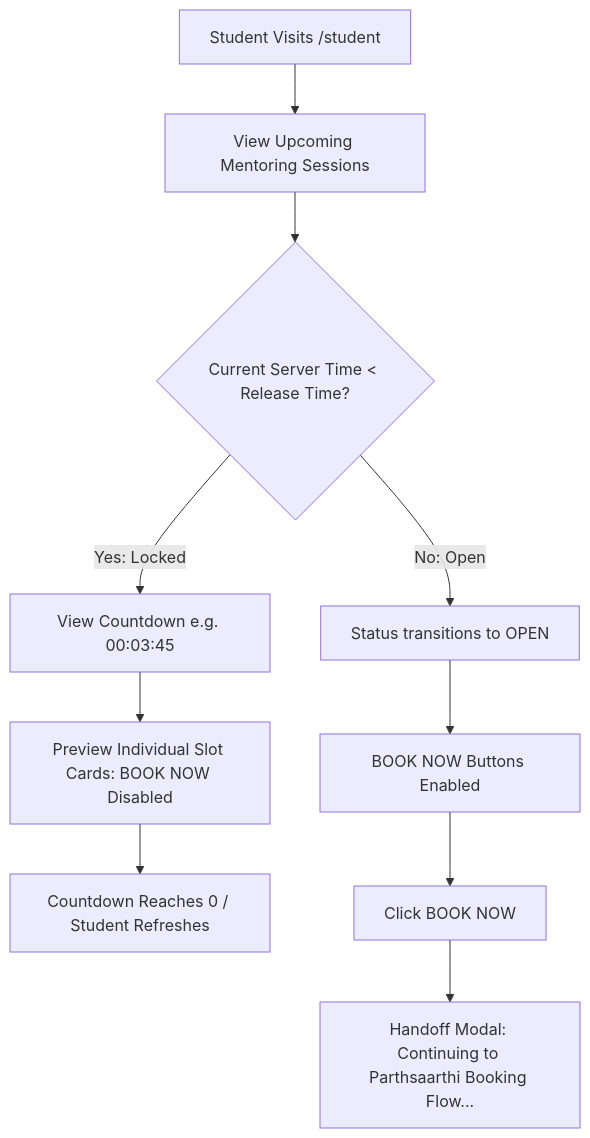
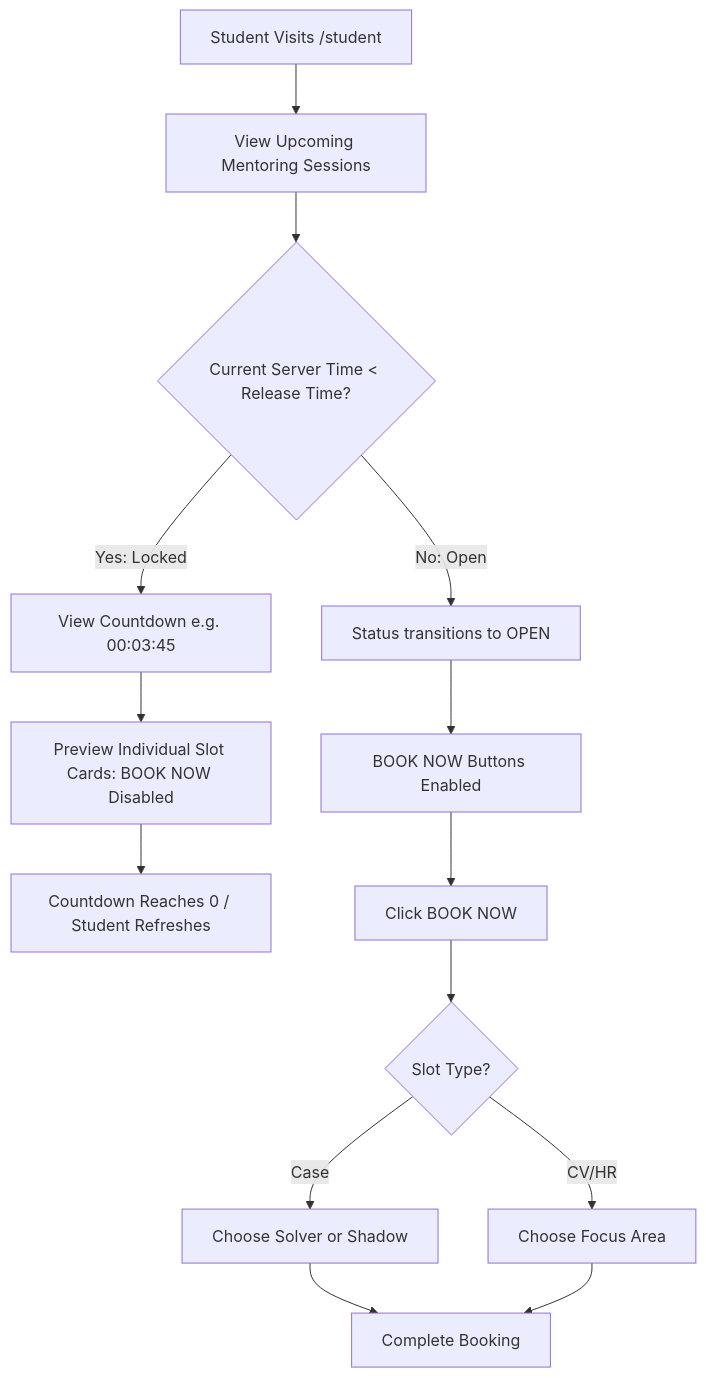
The second of 2 diagrams in docs/README.md (vaibhavraj1/Parthsaarthi-Clone), drawn with Mermaid before and after one commit. The commit also changed other lines of this file and 23 other files, not shown here.

````diff
--- a/docs/README.md
+++ b/docs/README.md
@@ -74,12 +74,16 @@
 ```mermaid
 flowchart TD
     A[Student Visits /student] --> B[View Upcoming Mentoring Sessions]
     B --> C{Current Server Time < Release Time?}
     C -->|Yes: Locked| D[View Countdown e.g. 00:03:45]
     D --> E[Preview Individual Slot Cards: BOOK NOW Disabled]
     E --> F[Countdown Reaches 0 / Student Refreshes]
     C -->|No: Open| G[Status transitions to OPEN]
-    G --> H[BOOK NOW Buttons Enabled]
-    H --> I[Click BOOK NOW]
-    I --> J[Handoff Modal: Continuing to Parthsaarthi Booking Flow...]
+   G --> H[BOOK NOW Buttons Enabled]
+   H --> I[Click BOOK NOW]
+   I --> J{Slot Type?}
+   J -->|Case| K[Choose Solver or Shadow]
+   J -->|CV/HR| L[Choose Focus Area]
+   K --> M[Complete Booking]
+   L --> M
 ```
````
